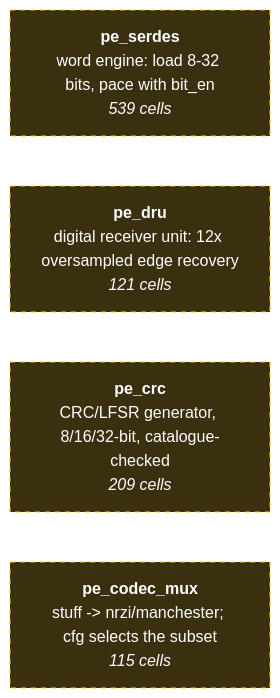
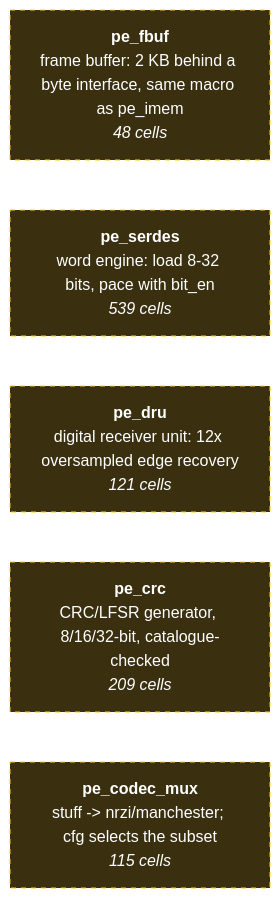
One commit to smprather/janestreet-blog-serial-protocol-emulator changed the second of 2 diagrams in wiki/reference/block-diagram.md. Above: the diagram before and after it, drawn with Mermaid. The commit also changed other lines of this file and 9 other files, not shown here.

First line of the commit message:
Add pe_fbuf: the 2 KB frame buffer (ADR-003)

````diff
--- a/wiki/reference/block-diagram.md
+++ b/wiki/reference/block-diagram.md
@@ -65,9 +65,10 @@
 ```mermaid
 flowchart LR
+    pe_fbuf["<b>pe_fbuf</b><br/>frame buffer: 2 KB behind a byte interface, same macro as pe_imem<br/><i>48 cells</i>"]
     pe_serdes["<b>pe_serdes</b><br/>word engine: load 8-32 bits, pace with bit_en<br/><i>539 cells</i>"]
     pe_dru["<b>pe_dru</b><br/>digital receiver unit: 12x oversampled edge recovery<br/><i>121 cells</i>"]
     pe_crc["<b>pe_crc</b><br/>CRC/LFSR generator, 8/16/32-bit, catalogue-checked<br/><i>209 cells</i>"]
     pe_codec_mux["<b>pe_codec_mux</b><br/>stuff -> nrzi/manchester; cfg selects the subset<br/><i>115 cells</i>"]
     classDef orphan fill:#3a2f0f,stroke:#facc15,color:#fff,stroke-dasharray: 5 5
-    class pe_serdes,pe_dru,pe_crc,pe_codec_mux orphan
+    class pe_fbuf,pe_serdes,pe_dru,pe_crc,pe_codec_mux orphan
 ```
````
